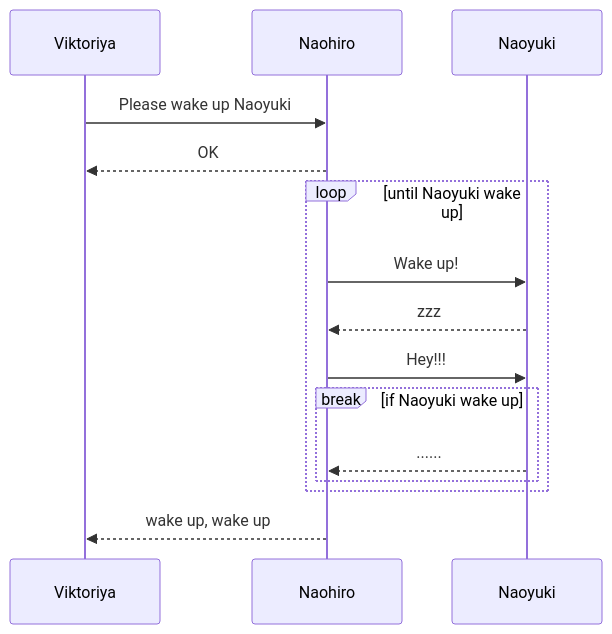
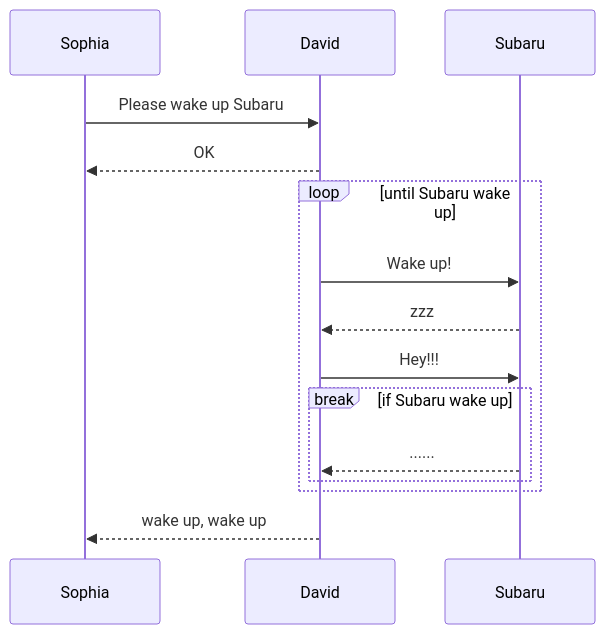
Before and after one commit to nao1215/mermaid: the diagram in README.md, drawn with Mermaid. The commit also changed other lines of this file and 3 other files, not shown here.

````diff
--- a/README.md
+++ b/README.md
@@ -105,20 +105,20 @@
 ```mermaid
 sequenceDiagram
-    participant Viktoriya
-    participant Naohiro
-    participant Naoyuki
+    participant Sophia
+    participant David
+    participant Subaru
 
-    Viktoriya->>Naohiro: Please wake up Naoyuki
-    Naohiro-->>Viktoriya: OK
+    Sophia->>David: Please wake up Subaru
+    David-->>Sophia: OK
 
-    loop until Naoyuki wake up
-    Naohiro->>Naoyuki: Wake up!
-    Naoyuki-->>Naohiro: zzz
-    Naohiro->>Naoyuki: Hey!!!
-    break if Naoyuki wake up
-    Naoyuki-->>Naohiro: ......
+    loop until Subaru wake up
+    David->>Subaru: Wake up!
+    Subaru-->>David: zzz
+    David->>Subaru: Hey!!!
+    break if Subaru wake up
+    Subaru-->>David: ......
     end
     end
 
-    Naohiro-->>Viktoriya: wake up, wake up
+    David-->>Sophia: wake up, wake up
 ```
````
